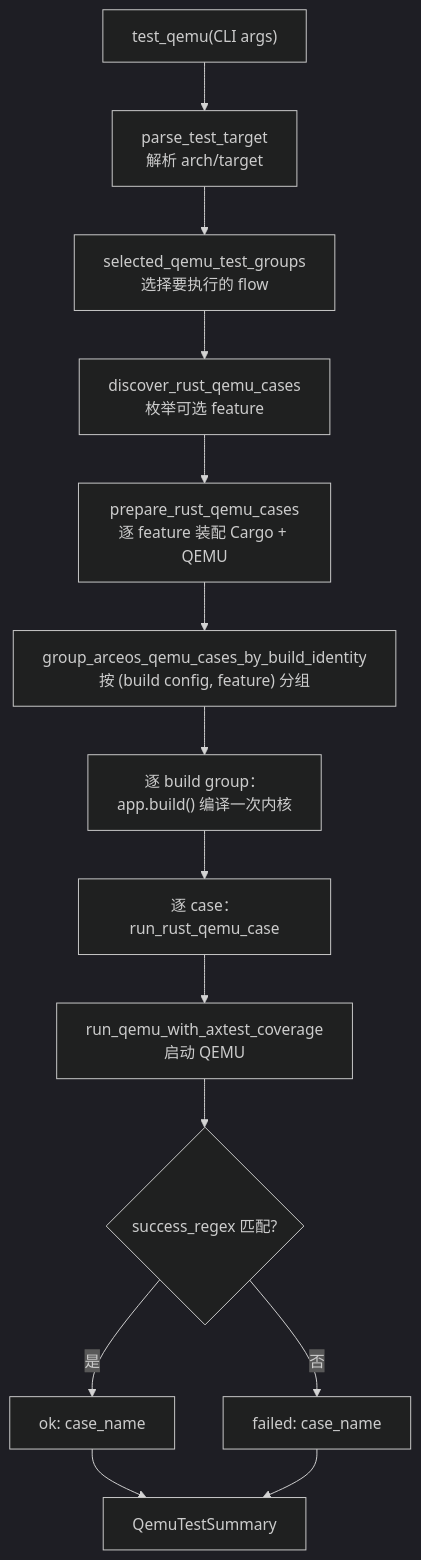
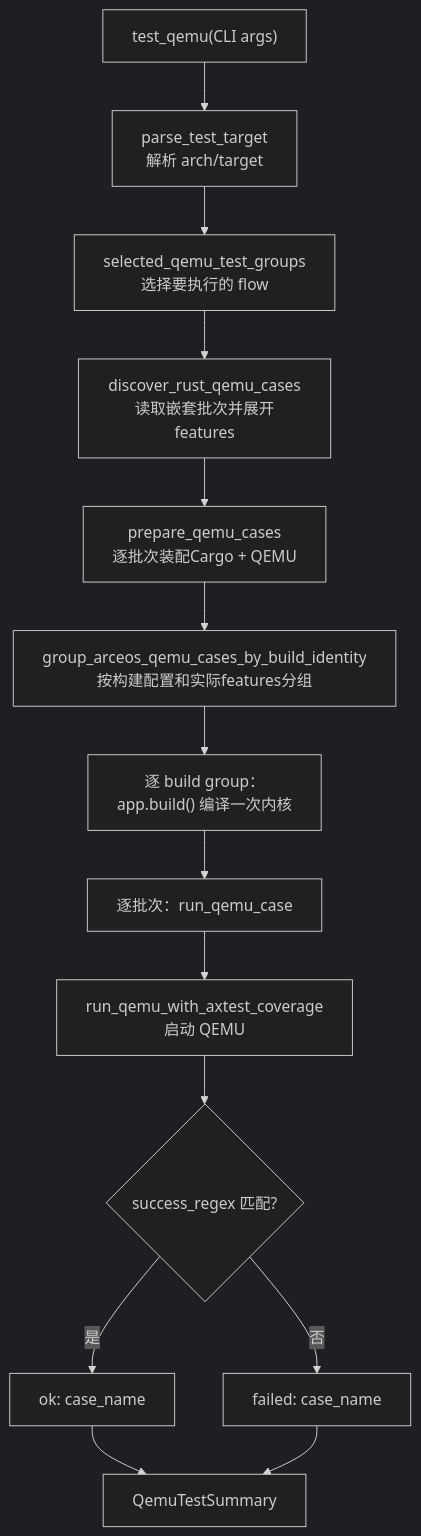
The first of 3 diagrams in docs/docs/build/arceos/test.md (rcore-os/tgoskits), drawn with Mermaid (dark theme) before and after one commit. The commit also changed other lines of this file and 349 other files, not shown here.

````diff
--- a/docs/docs/build/arceos/test.md
+++ b/docs/docs/build/arceos/test.md
@@ -62,16 +64,16 @@
 ```mermaid
 flowchart TD
     A["test_qemu(CLI args)"] --> B["parse_test_target<br/>解析 arch/target"]
     B --> C["selected_qemu_test_groups<br/>选择要执行的 flow"]
-    C --> D["discover_rust_qemu_cases<br/>枚举可选 feature"]
-    D --> E["prepare_rust_qemu_cases<br/>逐 feature 装配 Cargo + QEMU"]
-    E --> F["group_arceos_qemu_cases_by_build_identity<br/>按 (build config, feature) 分组"]
+    C --> D["discover_rust_qemu_cases<br/>读取嵌套批次并展开features"]
+    D --> E["prepare_qemu_cases<br/>逐批次装配Cargo + QEMU"]
+    E --> F["group_arceos_qemu_cases_by_build_identity<br/>按构建配置和实际features分组"]
     F --> G["逐 build group：<br/>app.build() 编译一次内核"]
-    G --> H["逐 case：run_rust_qemu_case"]
+    G --> H["逐批次：run_qemu_case"]
     H --> I["run_qemu_with_axtest_coverage<br/>启动 QEMU"]
     I --> J{"success_regex 匹配?"}
     J -->|是| K["ok: case_name"]
     J -->|否| L["failed: case_name"]
     K --> M["QemuTestSummary"]
     L --> M
 ```
````
